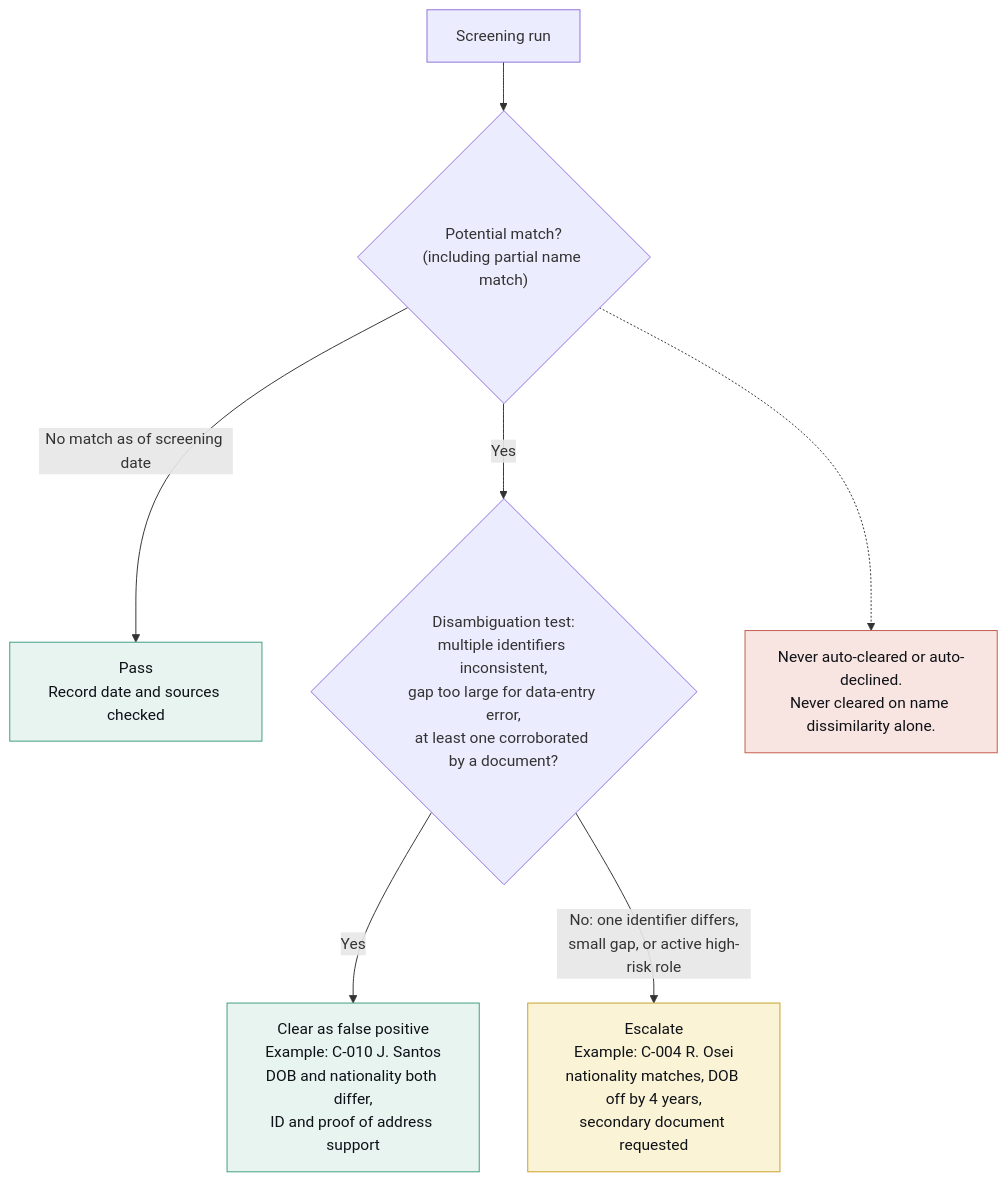
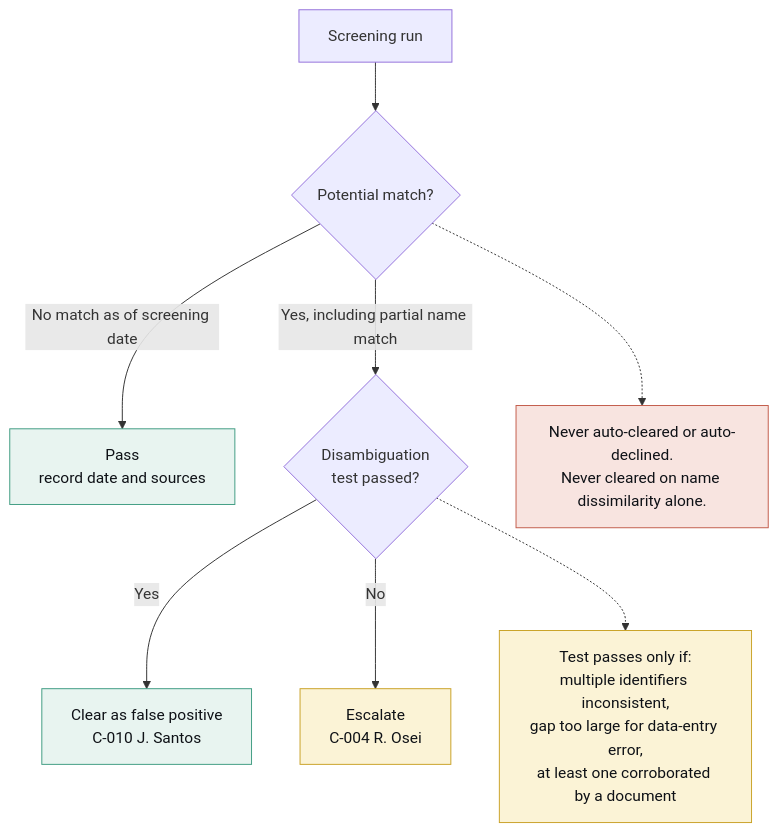
One commit to TJON-Star/Aldenbrook-Pay-KYB-KYC-Sanctions-Casework-Register changed the fourth of 7 diagrams in README.md. Above: the diagram before and after it, drawn with Mermaid. The commit also changed other lines of this file, not shown here.

````diff
--- a/README.md
+++ b/README.md
@@ -78,18 +73,20 @@
 ```mermaid
 flowchart TD
-    A["Screening run"] --> B{"Potential match?<br/>(including partial name match)"}
-    B -- "No match as of screening date" --> PASS["Pass<br/>Record date and sources checked"]
-    B -- "Yes" --> D{"Disambiguation test:<br/>multiple identifiers inconsistent,<br/>gap too large for data-entry error,<br/>at least one corroborated by a document?"}
-    D -- "Yes" --> CLEAR["Clear as false positive<br/>Example: C-010 J. Santos<br/>DOB and nationality both differ,<br/>ID and proof of address support"]
-    D -- "No: one identifier differs,<br/>small gap, or active high-risk role" --> ESC["Escalate<br/>Example: C-004 R. Osei<br/>nationality matches, DOB off by 4 years,<br/>secondary document requested"]
+    A["Screening run"] --> B{"Potential match?"}
+    B -- "No match as of screening date" --> PASS["Pass<br/>record date and sources"]
+    B -- "Yes, including partial name match" --> D{"Disambiguation<br/>test passed?"}
+    D -- "Yes" --> CLEAR["Clear as false positive<br/>C-010 J. Santos"]
+    D -- "No" --> ESC["Escalate<br/>C-004 R. Osei"]
 
-    NOTE["Never auto-cleared or auto-declined.<br/>Never cleared on name dissimilarity alone."]
-    B -.-> NOTE
+    CRIT["Test passes only if:<br/>multiple identifiers inconsistent,<br/>gap too large for data-entry error,<br/>at least one corroborated by a document"]
+    RULE["Never auto-cleared or auto-declined.<br/>Never cleared on name dissimilarity alone."]
+    D -.-> CRIT
+    B -.-> RULE
 
     classDef good fill:#e8f4f0,stroke:#3F9C82,color:#0E1116;
     classDef warn fill:#fbf3d6,stroke:#C9A227,color:#0E1116;
     classDef bad fill:#f8e4e0,stroke:#C25B4A,color:#0E1116;
     class PASS,CLEAR good;
-    class ESC warn;
-    class NOTE bad;
+    class ESC,CRIT warn;
+    class RULE bad;
 ```
````
